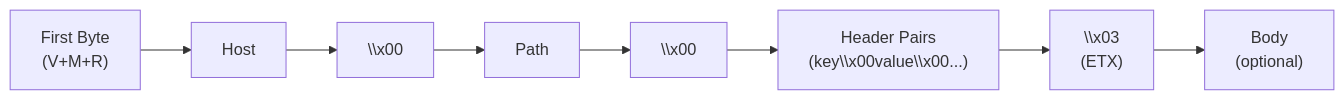
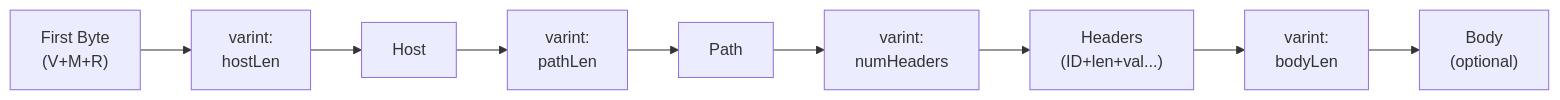
One commit to qo-proto/qh changed the second of 4 diagrams in docs/protocol-definition.md. Above: the diagram before and after it, drawn with Mermaid. The commit also changed other lines of this file and 4 other files, not shown here.

````diff
--- a/docs/protocol-definition.md
+++ b/docs/protocol-definition.md
@@ -367,10 +433,11 @@
 ```mermaid
 flowchart LR
-    A["First Byte<br/>(V+M+R)"] --> B["Host"]
-    B --> C["\\x00"]
-    C --> D["Path"]
-    D --> E["\\x00"]
-    E --> F["Header Pairs<br/>(key\\x00value\\x00...)"]
-    F --> G["\\x03<br/>(ETX)"]
-    G --> H["Body<br/>(optional)"]
+    A["First Byte<br/>(V+M+R)"] --> B["varint:<br/>hostLen"]
+    B --> C["Host"]
+    C --> D["varint:<br/>pathLen"]
+    D --> E["Path"]
+    E --> F["varint:<br/>numHeaders"]
+    F --> G["Headers<br/>(ID+len+val...)"]
+    G --> H["varint:<br/>bodyLen"]
+    H --> I["Body<br/>(optional)"]
 ```
````
